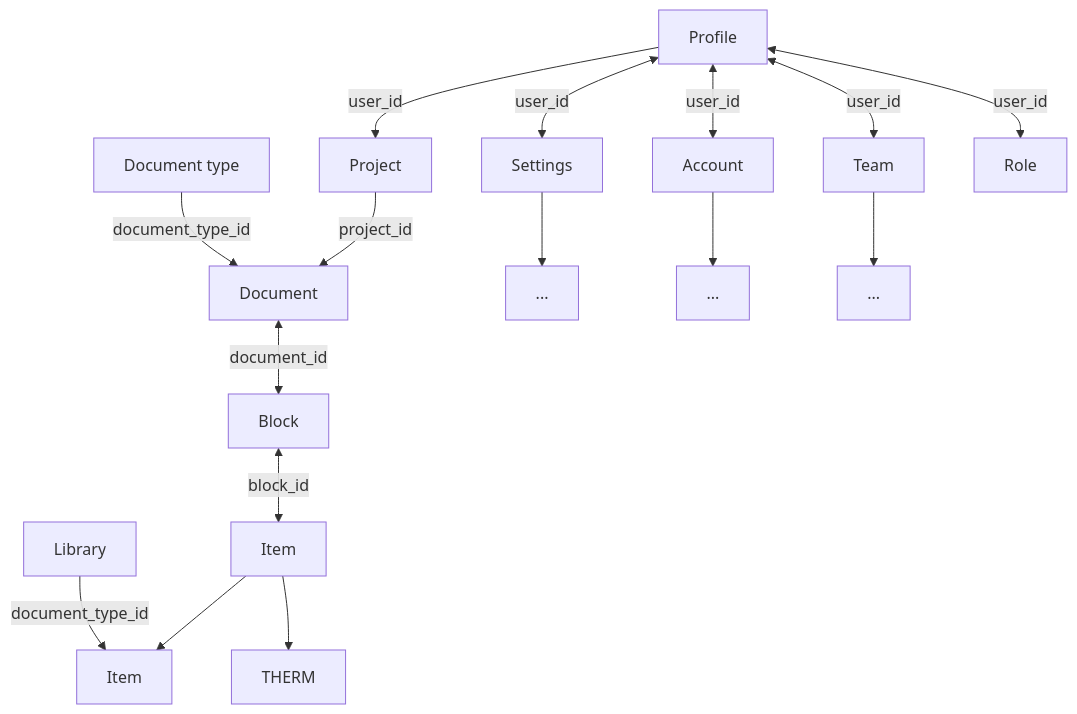
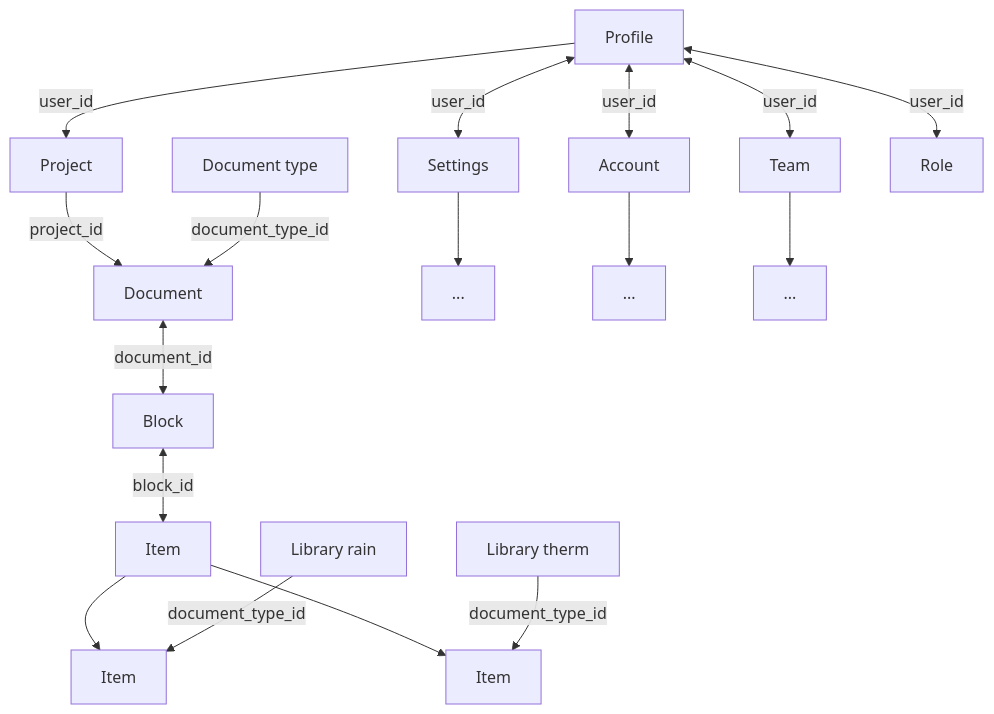
Before and after one commit to bmazurme/nest-entools: the diagram in draft.md, drawn with Mermaid.

````diff
--- a/draft.md
+++ b/draft.md
@@ -1,20 +1,21 @@
 ```mermaid
 flowchart
 USER-PROFILE[Profile] --> |user_id| USER-PROJECT[Project]
 USER-PROJECT --> |project_id| DOCUMENT[Document]
 DOCUMENT <--> |document_id| BLOCK[Block]
 BLOCK[Block] <--> |block_id| ITEM[Item]
 ITEM --> RAIN
 ITEM --> THERM
-LIBRARY_RAIN[Library] --> |document_type_id| RAIN[Item]
+LIBRARY_RAIN[Library rain] --> |document_type_id| RAIN[Item]
+LIBRARY_THERM[Library therm] --> |document_type_id| THERM[Item]
 DOCUMENT-TYPE[Document type] --> |document_type_id| DOCUMENT
 
 USER-PROFILE[Profile] <--> |user_id| USER-SETTINGS[Settings]
 USER-PROFILE[Profile] <--> |user_id| USER-ACCOUNT[Account]
 USER-PROFILE[Profile] <--> |user_id| USER-TEAM[Team]
 USER-PROFILE[Profile] <--> |user_id| USER-ROLE[Role]
 
 USER-SETTINGS --> SETTINGS-DETAILS[...]
 USER-ACCOUNT --> ACCOUNT-DETAILS[...]
 USER-TEAM --> TEAM-DETAILS[...]
 ```
````
